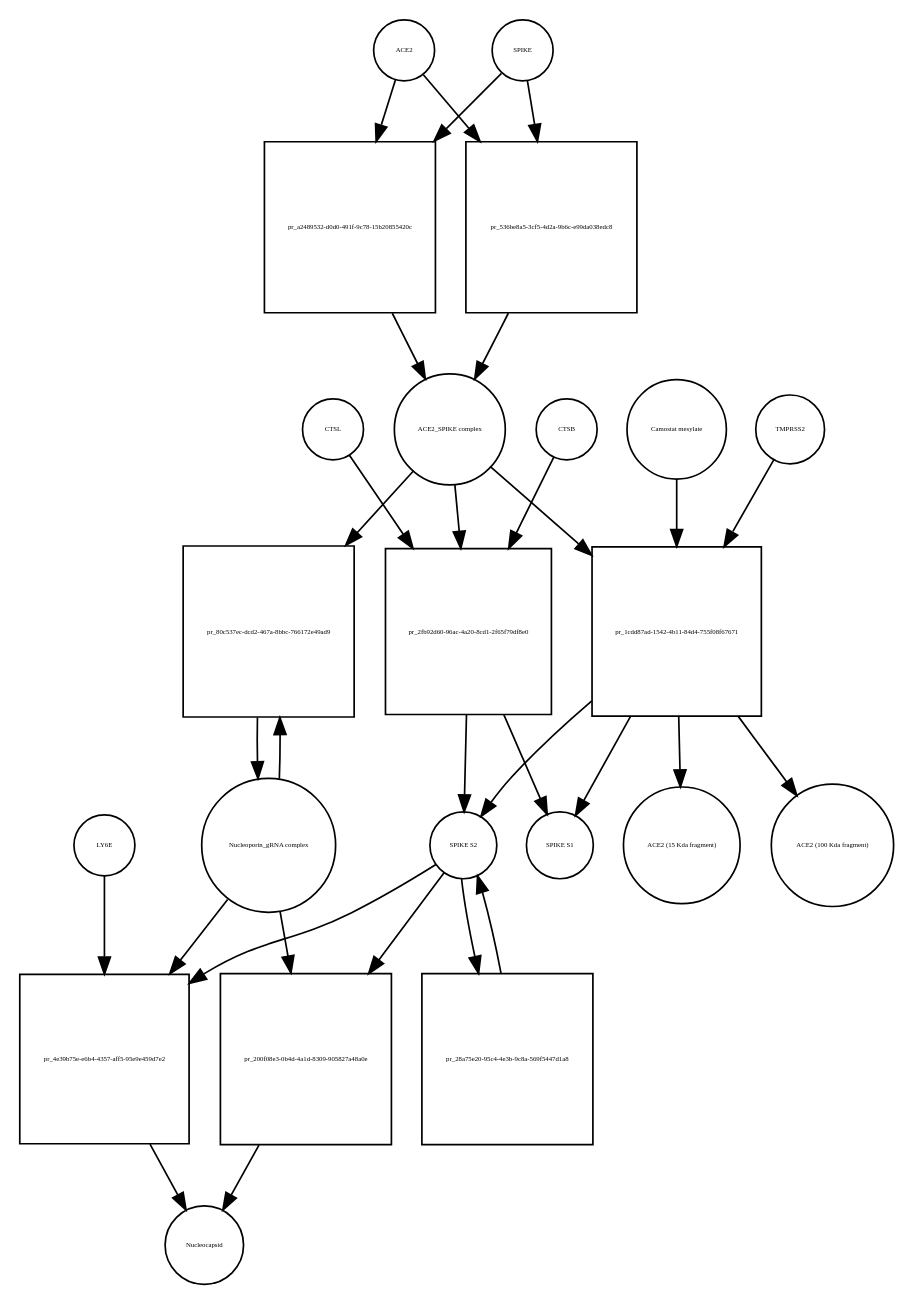
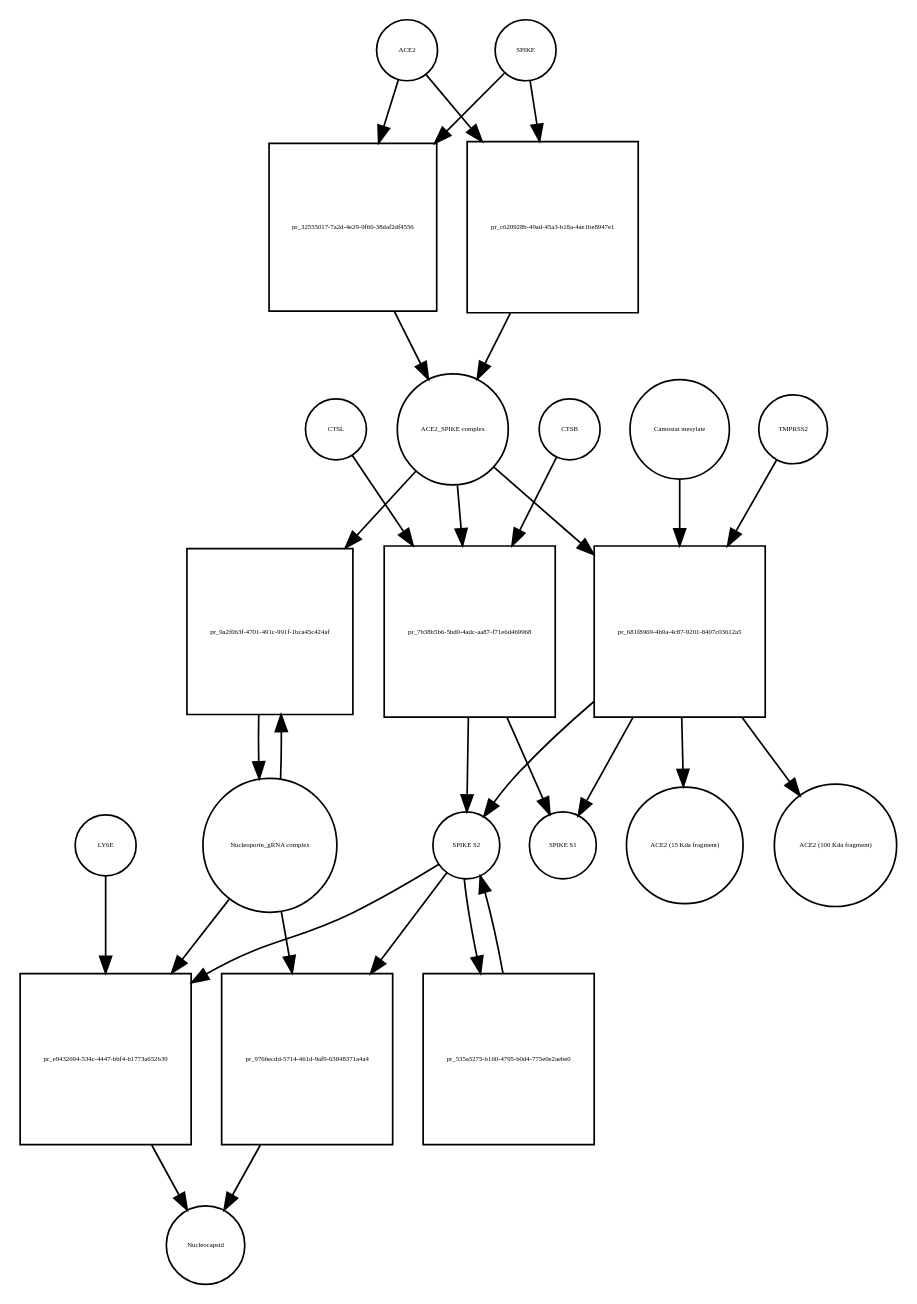
One commit to cannin/covid19-sbgn changed the diagram in Virus_replication_cycle_V02.xml_bipartite.dot. Above: the diagram before and after it, drawn with Graphviz. The commit also changed 637 other files, not shown here.

```diff
--- a/Virus_replication_cycle_V02.xml_bipartite.dot
+++ b/Virus_replication_cycle_V02.xml_bipartite.dot
@@ -1,54 +1,54 @@
 strict digraph  {
 ACE2 [annotation="", bipartite=0, cls=macromolecule, fontsize=4, label=ACE2, shape=circle];
-"pr_a2489532-d0d0-491f-9c78-15b20855420c" [annotation="", bipartite=1, cls=process, fontsize=4, label="pr_a2489532-d0d0-491f-9c78-15b20855420c", shape=square];
+"pr_32555017-7a2d-4e29-9f60-38daf2df4556" [annotation="", bipartite=1, cls=process, fontsize=4, label="pr_32555017-7a2d-4e29-9f60-38daf2df4556", shape=square];
 "ACE2_SPIKE complex" [annotation="", bipartite=0, cls=complex, fontsize=4, label="ACE2_SPIKE complex", shape=circle];
 SPIKE [annotation="", bipartite=0, cls="macromolecule multimer", fontsize=4, label=SPIKE, shape=circle];
 "Nucleoporin_gRNA complex " [annotation="", bipartite=0, cls=complex, fontsize=4, label="Nucleoporin_gRNA complex ", shape=circle];
-"pr_80c537ec-dcd2-467a-8bbc-766172e49ad9" [annotation="", bipartite=1, cls=process, fontsize=4, label="pr_80c537ec-dcd2-467a-8bbc-766172e49ad9", shape=square];
-"pr_2fb92d60-96ac-4a20-8cd1-2f65f79df8e0" [annotation="", bipartite=1, cls=process, fontsize=4, label="pr_2fb92d60-96ac-4a20-8cd1-2f65f79df8e0", shape=square];
+"pr_9a2f063f-4701-491c-991f-1bca45c424af" [annotation="", bipartite=1, cls=process, fontsize=4, label="pr_9a2f063f-4701-491c-991f-1bca45c424af", shape=square];
+"pr_7b38b5b6-5bd0-4adc-aa87-f71e6d469968" [annotation="", bipartite=1, cls=process, fontsize=4, label="pr_7b38b5b6-5bd0-4adc-aa87-f71e6d469968", shape=square];
 "SPIKE S2" [annotation="", bipartite=0, cls=macromolecule, fontsize=4, label="SPIKE S2", shape=circle];
 CTSB [annotation="", bipartite=0, cls=macromolecule, fontsize=4, label=CTSB, shape=circle];
 CTSL [annotation="", bipartite=0, cls=macromolecule, fontsize=4, label=CTSL, shape=circle];
 "SPIKE S1" [annotation="", bipartite=0, cls=macromolecule, fontsize=4, label="SPIKE S1", shape=circle];
-"pr_1cdd87ad-1542-4b11-84d4-755f08f67671" [annotation="", bipartite=1, cls=process, fontsize=4, label="pr_1cdd87ad-1542-4b11-84d4-755f08f67671", shape=square];
+"pr_681f8969-4b9a-4c87-9201-8407c03612a5" [annotation="", bipartite=1, cls=process, fontsize=4, label="pr_681f8969-4b9a-4c87-9201-8407c03612a5", shape=square];
 TMPRSS2 [annotation="", bipartite=0, cls=macromolecule, fontsize=4, label=TMPRSS2, shape=circle];
 "Camostat mesylate" [annotation="urn_miriam_pubchem.compound_2536", bipartite=0, cls="simple chemical", fontsize=4, label="Camostat mesylate", shape=circle];
 "ACE2 (15 Kda fragment)" [annotation="", bipartite=0, cls=macromolecule, fontsize=4, label="ACE2 (15 Kda fragment)", shape=circle];
 "ACE2 (100 Kda fragment)" [annotation="", bipartite=0, cls=macromolecule, fontsize=4, label="ACE2 (100 Kda fragment)", shape=circle];
-"pr_536be8a5-3cf5-4d2a-9b6c-e99da038edc8" [annotation="", bipartite=1, cls=process, fontsize=4, label="pr_536be8a5-3cf5-4d2a-9b6c-e99da038edc8", shape=square];
-"pr_4e39b75e-e6b4-4357-aff5-95e9e459d7e2" [annotation="", bipartite=1, cls=process, fontsize=4, label="pr_4e39b75e-e6b4-4357-aff5-95e9e459d7e2", shape=square];
+"pr_c620928b-49ad-45a3-b18a-4ae1be8947e1" [annotation="", bipartite=1, cls=process, fontsize=4, label="pr_c620928b-49ad-45a3-b18a-4ae1be8947e1", shape=square];
+"pr_e9432694-534c-4447-bbf4-b1773a652b39" [annotation="", bipartite=1, cls=process, fontsize=4, label="pr_e9432694-534c-4447-bbf4-b1773a652b39", shape=square];
 Nucleocapsid [annotation="", bipartite=0, cls=complex, fontsize=4, label=Nucleocapsid, shape=circle];
 LY6E [annotation="", bipartite=0, cls=macromolecule, fontsize=4, label=LY6E, shape=circle];
-"pr_28a75e20-95c4-4e3b-9c8a-569f5447d1a8" [annotation="", bipartite=1, cls=process, fontsize=4, label="pr_28a75e20-95c4-4e3b-9c8a-569f5447d1a8", shape=square];
-"pr_200f08e3-0b4d-4a1d-8309-905827a48a0e" [annotation="", bipartite=1, cls=process, fontsize=4, label="pr_200f08e3-0b4d-4a1d-8309-905827a48a0e", shape=square];
-ACE2 -> "pr_a2489532-d0d0-491f-9c78-15b20855420c"  [annotation="", interaction_type=consumption];
-ACE2 -> "pr_536be8a5-3cf5-4d2a-9b6c-e99da038edc8"  [annotation="", interaction_type=consumption];
-"pr_a2489532-d0d0-491f-9c78-15b20855420c" -> "ACE2_SPIKE complex"  [annotation="", interaction_type=production];
-"ACE2_SPIKE complex" -> "pr_80c537ec-dcd2-467a-8bbc-766172e49ad9"  [annotation="urn_miriam_pubmed_32142651|urn_miriam_pubmed_32094589", interaction_type=stimulation];
-"ACE2_SPIKE complex" -> "pr_2fb92d60-96ac-4a20-8cd1-2f65f79df8e0"  [annotation="", interaction_type=consumption];
-"ACE2_SPIKE complex" -> "pr_1cdd87ad-1542-4b11-84d4-755f08f67671"  [annotation="", interaction_type=consumption];
-SPIKE -> "pr_a2489532-d0d0-491f-9c78-15b20855420c"  [annotation="", interaction_type=consumption];
-SPIKE -> "pr_536be8a5-3cf5-4d2a-9b6c-e99da038edc8"  [annotation="", interaction_type=consumption];
-"Nucleoporin_gRNA complex " -> "pr_80c537ec-dcd2-467a-8bbc-766172e49ad9"  [annotation="", interaction_type=consumption];
-"Nucleoporin_gRNA complex " -> "pr_4e39b75e-e6b4-4357-aff5-95e9e459d7e2"  [annotation="", interaction_type=consumption];
-"Nucleoporin_gRNA complex " -> "pr_200f08e3-0b4d-4a1d-8309-905827a48a0e"  [annotation="", interaction_type=consumption];
-"pr_80c537ec-dcd2-467a-8bbc-766172e49ad9" -> "Nucleoporin_gRNA complex "  [annotation="", interaction_type=production];
-"pr_2fb92d60-96ac-4a20-8cd1-2f65f79df8e0" -> "SPIKE S2"  [annotation="", interaction_type=production];
-"pr_2fb92d60-96ac-4a20-8cd1-2f65f79df8e0" -> "SPIKE S1"  [annotation="", interaction_type=production];
-"SPIKE S2" -> "pr_4e39b75e-e6b4-4357-aff5-95e9e459d7e2"  [annotation="urn_miriam_doi_10.1101%2F2020.03.05.979260|urn_miriam_doi_10.1101%2F2020.04.02.021469", interaction_type=stimulation];
-"SPIKE S2" -> "pr_28a75e20-95c4-4e3b-9c8a-569f5447d1a8"  [annotation="", interaction_type=consumption];
-"SPIKE S2" -> "pr_200f08e3-0b4d-4a1d-8309-905827a48a0e"  [annotation="", interaction_type=stimulation];
-CTSB -> "pr_2fb92d60-96ac-4a20-8cd1-2f65f79df8e0"  [annotation=urn_miriam_pubmed_32142651, interaction_type=catalysis];
-CTSL -> "pr_2fb92d60-96ac-4a20-8cd1-2f65f79df8e0"  [annotation=urn_miriam_pubmed_32142651, interaction_type=catalysis];
-"pr_1cdd87ad-1542-4b11-84d4-755f08f67671" -> "SPIKE S2"  [annotation="", interaction_type=production];
-"pr_1cdd87ad-1542-4b11-84d4-755f08f67671" -> "SPIKE S1"  [annotation="", interaction_type=production];
-"pr_1cdd87ad-1542-4b11-84d4-755f08f67671" -> "ACE2 (15 Kda fragment)"  [annotation="", interaction_type=production];
-"pr_1cdd87ad-1542-4b11-84d4-755f08f67671" -> "ACE2 (100 Kda fragment)"  [annotation="", interaction_type=production];
-TMPRSS2 -> "pr_1cdd87ad-1542-4b11-84d4-755f08f67671"  [annotation="urn_miriam_pubmed_32142651|urn_miriam_pubmed_32094589|urn_miriam_pubmed_24227843", interaction_type=catalysis];
-"Camostat mesylate" -> "pr_1cdd87ad-1542-4b11-84d4-755f08f67671"  [annotation="urn_miriam_pubmed_32142651|urn_miriam_pubmed_32094589|urn_miriam_pubmed_24227843", interaction_type=inhibition];
-"pr_536be8a5-3cf5-4d2a-9b6c-e99da038edc8" -> "ACE2_SPIKE complex"  [annotation="", interaction_type=production];
-"pr_4e39b75e-e6b4-4357-aff5-95e9e459d7e2" -> Nucleocapsid  [annotation="", interaction_type=production];
-LY6E -> "pr_4e39b75e-e6b4-4357-aff5-95e9e459d7e2"  [annotation="urn_miriam_doi_10.1101%2F2020.03.05.979260|urn_miriam_doi_10.1101%2F2020.04.02.021469", interaction_type=inhibition];
-"pr_28a75e20-95c4-4e3b-9c8a-569f5447d1a8" -> "SPIKE S2"  [annotation="", interaction_type=production];
-"pr_200f08e3-0b4d-4a1d-8309-905827a48a0e" -> Nucleocapsid  [annotation="", interaction_type=production];
+"pr_535a5275-b160-4795-b0d4-775e0e2aebe0" [annotation="", bipartite=1, cls=process, fontsize=4, label="pr_535a5275-b160-4795-b0d4-775e0e2aebe0", shape=square];
+"pr_9766ecdd-5714-461d-9af9-63848371a4a4" [annotation="", bipartite=1, cls=process, fontsize=4, label="pr_9766ecdd-5714-461d-9af9-63848371a4a4", shape=square];
+ACE2 -> "pr_32555017-7a2d-4e29-9f60-38daf2df4556"  [annotation="", interaction_type=consumption];
+ACE2 -> "pr_c620928b-49ad-45a3-b18a-4ae1be8947e1"  [annotation="", interaction_type=consumption];
+"pr_32555017-7a2d-4e29-9f60-38daf2df4556" -> "ACE2_SPIKE complex"  [annotation="", interaction_type=production];
+"ACE2_SPIKE complex" -> "pr_9a2f063f-4701-491c-991f-1bca45c424af"  [annotation="urn_miriam_pubmed_32142651|urn_miriam_pubmed_32094589", interaction_type=stimulation];
+"ACE2_SPIKE complex" -> "pr_7b38b5b6-5bd0-4adc-aa87-f71e6d469968"  [annotation="", interaction_type=consumption];
+"ACE2_SPIKE complex" -> "pr_681f8969-4b9a-4c87-9201-8407c03612a5"  [annotation="", interaction_type=consumption];
+SPIKE -> "pr_32555017-7a2d-4e29-9f60-38daf2df4556"  [annotation="", interaction_type=consumption];
+SPIKE -> "pr_c620928b-49ad-45a3-b18a-4ae1be8947e1"  [annotation="", interaction_type=consumption];
+"Nucleoporin_gRNA complex " -> "pr_9a2f063f-4701-491c-991f-1bca45c424af"  [annotation="", interaction_type=consumption];
+"Nucleoporin_gRNA complex " -> "pr_e9432694-534c-4447-bbf4-b1773a652b39"  [annotation="", interaction_type=consumption];
+"Nucleoporin_gRNA complex " -> "pr_9766ecdd-5714-461d-9af9-63848371a4a4"  [annotation="", interaction_type=consumption];
+"pr_9a2f063f-4701-491c-991f-1bca45c424af" -> "Nucleoporin_gRNA complex "  [annotation="", interaction_type=production];
+"pr_7b38b5b6-5bd0-4adc-aa87-f71e6d469968" -> "SPIKE S2"  [annotation="", interaction_type=production];
+"pr_7b38b5b6-5bd0-4adc-aa87-f71e6d469968" -> "SPIKE S1"  [annotation="", interaction_type=production];
+"SPIKE S2" -> "pr_e9432694-534c-4447-bbf4-b1773a652b39"  [annotation="urn_miriam_doi_10.1101%2F2020.03.05.979260|urn_miriam_doi_10.1101%2F2020.04.02.021469", interaction_type=stimulation];
+"SPIKE S2" -> "pr_535a5275-b160-4795-b0d4-775e0e2aebe0"  [annotation="", interaction_type=consumption];
+"SPIKE S2" -> "pr_9766ecdd-5714-461d-9af9-63848371a4a4"  [annotation="", interaction_type=stimulation];
+CTSB -> "pr_7b38b5b6-5bd0-4adc-aa87-f71e6d469968"  [annotation=urn_miriam_pubmed_32142651, interaction_type=catalysis];
+CTSL -> "pr_7b38b5b6-5bd0-4adc-aa87-f71e6d469968"  [annotation=urn_miriam_pubmed_32142651, interaction_type=catalysis];
+"pr_681f8969-4b9a-4c87-9201-8407c03612a5" -> "SPIKE S2"  [annotation="", interaction_type=production];
+"pr_681f8969-4b9a-4c87-9201-8407c03612a5" -> "SPIKE S1"  [annotation="", interaction_type=production];
+"pr_681f8969-4b9a-4c87-9201-8407c03612a5" -> "ACE2 (15 Kda fragment)"  [annotation="", interaction_type=production];
+"pr_681f8969-4b9a-4c87-9201-8407c03612a5" -> "ACE2 (100 Kda fragment)"  [annotation="", interaction_type=production];
+TMPRSS2 -> "pr_681f8969-4b9a-4c87-9201-8407c03612a5"  [annotation="urn_miriam_pubmed_32142651|urn_miriam_pubmed_32094589|urn_miriam_pubmed_24227843", interaction_type=catalysis];
+"Camostat mesylate" -> "pr_681f8969-4b9a-4c87-9201-8407c03612a5"  [annotation="urn_miriam_pubmed_32142651|urn_miriam_pubmed_32094589|urn_miriam_pubmed_24227843", interaction_type=inhibition];
+"pr_c620928b-49ad-45a3-b18a-4ae1be8947e1" -> "ACE2_SPIKE complex"  [annotation="", interaction_type=production];
+"pr_e9432694-534c-4447-bbf4-b1773a652b39" -> Nucleocapsid  [annotation="", interaction_type=production];
+LY6E -> "pr_e9432694-534c-4447-bbf4-b1773a652b39"  [annotation="urn_miriam_doi_10.1101%2F2020.03.05.979260|urn_miriam_doi_10.1101%2F2020.04.02.021469", interaction_type=inhibition];
+"pr_535a5275-b160-4795-b0d4-775e0e2aebe0" -> "SPIKE S2"  [annotation="", interaction_type=production];
+"pr_9766ecdd-5714-461d-9af9-63848371a4a4" -> Nucleocapsid  [annotation="", interaction_type=production];
 }
```
